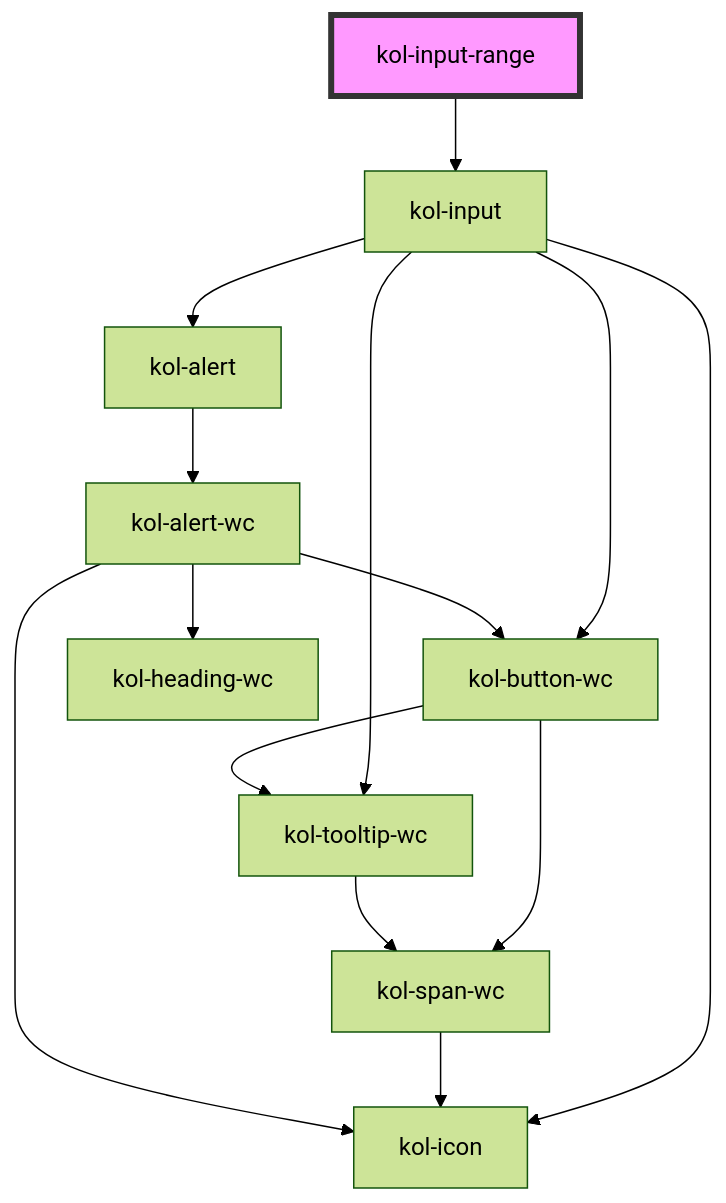
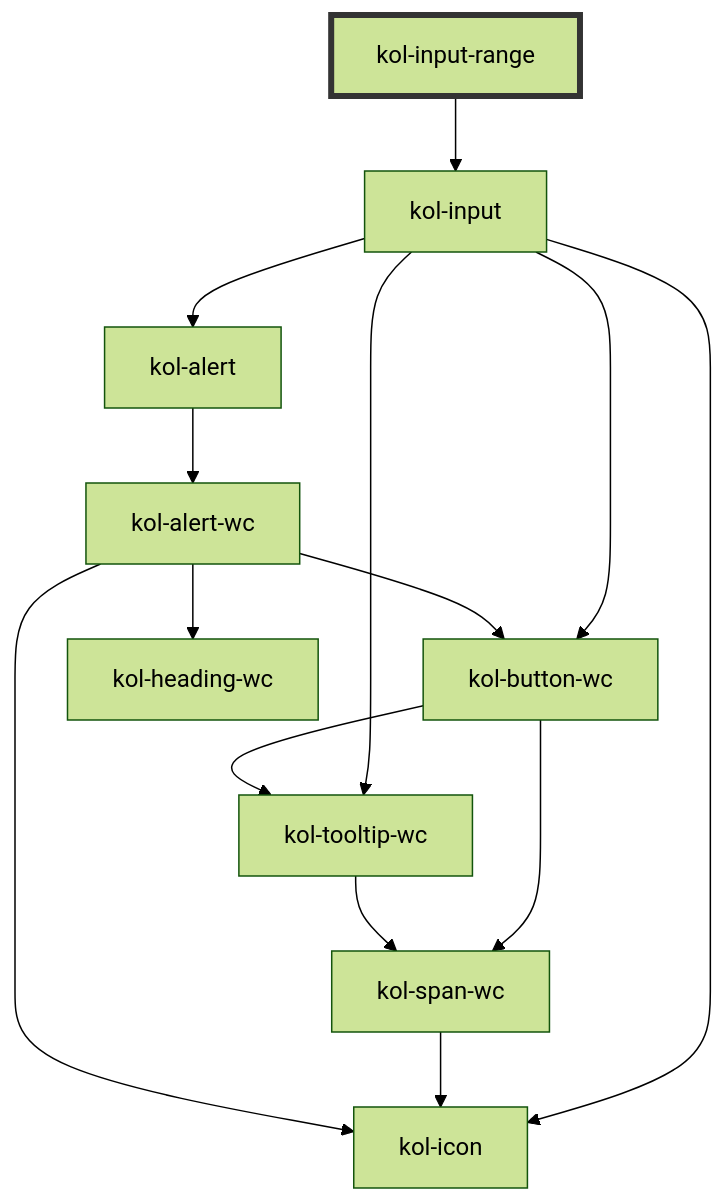
One commit to public-ui/kolibri changed the diagram in packages/components/src/components/input-range/readme.md. Above: the diagram before and after it, drawn with Mermaid (forest theme). The commit also changed 40 other files, not shown here.

````diff
--- a/packages/components/src/components/input-range/readme.md
+++ b/packages/components/src/components/input-range/readme.md
@@ -99,17 +99,17 @@
 ```mermaid
 graph TD;
   kol-input-range --> kol-input
   kol-input --> kol-icon
   kol-input --> kol-button-wc
   kol-input --> kol-tooltip-wc
   kol-input --> kol-alert
   kol-button-wc --> kol-span-wc
   kol-button-wc --> kol-tooltip-wc
   kol-span-wc --> kol-icon
   kol-tooltip-wc --> kol-span-wc
   kol-alert --> kol-alert-wc
   kol-alert-wc --> kol-heading-wc
   kol-alert-wc --> kol-button-wc
   kol-alert-wc --> kol-icon
-  style kol-input-range fill:#f9f,stroke:#333,stroke-width:4px
+  style kol-input-range stroke:#333,stroke-width:4px
 ```
````
